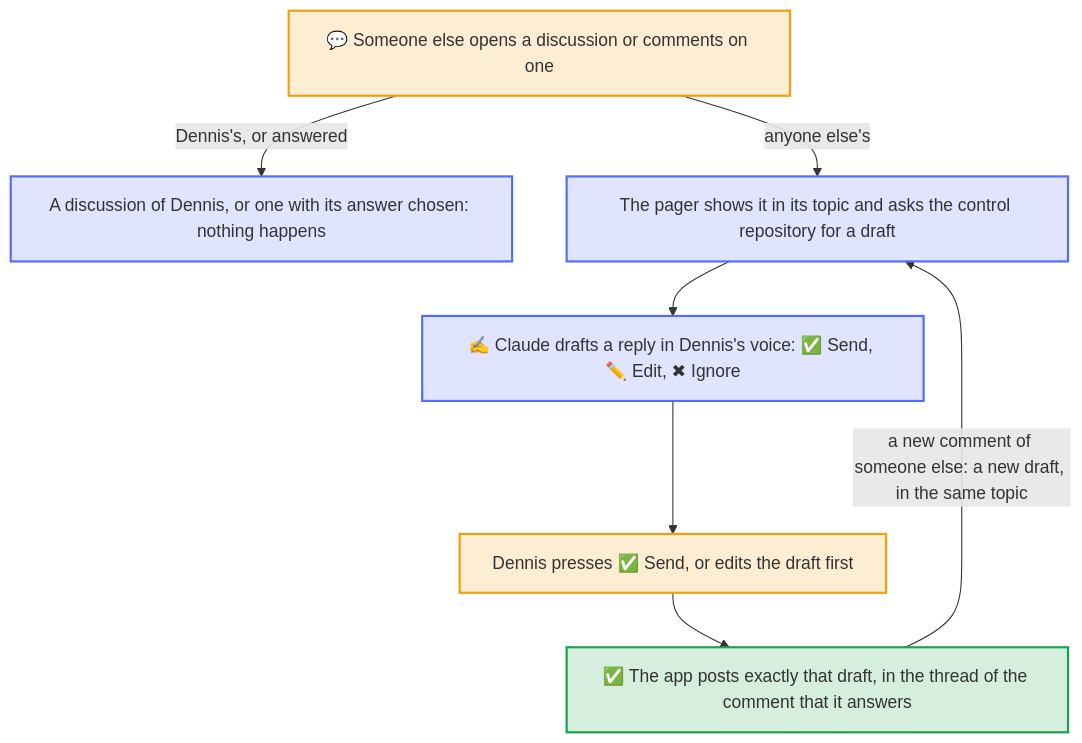
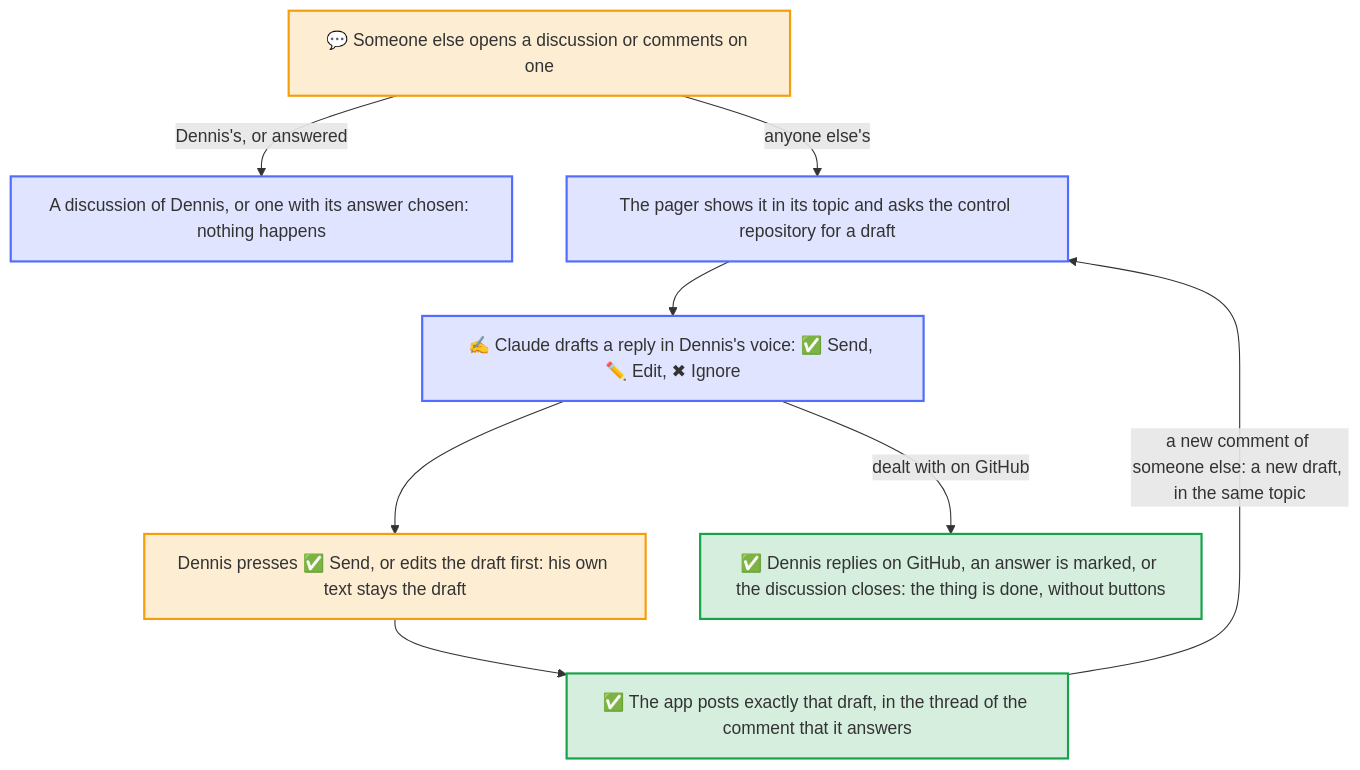
The diagram in docs/diagrams/the-reply-to-a-discussion.mmd (Dennis-Otto/dennis-otto-pager), drawn with Mermaid before and after one commit. The commit also changed 27 other files, not shown here.

First line of the commit message:
feat: a discussion thing closes when Dennis answers on GitHub, and keeps his own draft (#74)

```diff
--- a/docs/diagrams/the-reply-to-a-discussion.mmd
+++ b/docs/diagrams/the-reply-to-a-discussion.mmd
@@ -1,26 +1,28 @@
 ---
 config:
   flowchart:
     wrappingWidth: 400
 ---
 flowchart TB
     accTitle: The reply to a discussion
-    accDescr: Someone other than Dennis or a bot opens a discussion or comments on one. A discussion of Dennis, and one whose answer was chosen, end there. Otherwise the pager shows it in its topic and asks the control repository for a draft at once, which Claude writes in Dennis's voice. The draft comes with Send, Edit and Ignore. Send posts exactly that draft as the pager's app, in the thread of the comment that it answers, or on the discussion itself. A new comment of someone else makes itself the message to answer, with a new draft, in the same topic.
+    accDescr: Someone other than Dennis or a bot opens a discussion or comments on one. A discussion of Dennis, and one whose answer was chosen, end there. Otherwise the pager shows it in its topic and asks the control repository for a draft at once, which Claude writes in Dennis's voice. The draft comes with Send, Edit and Ignore. Send posts exactly that draft as the pager's app, in the thread of the comment that it answers, or on the discussion itself. A new comment of someone else makes itself the message to answer, with a new draft, in the same topic, while a text that Dennis wrote himself stays the draft. When Dennis replies on GitHub itself, an answer is marked, or the discussion is closed, the thing is done: its buttons go, and its topic gets a check mark.
 
     asked["`**💬** Someone else opens a discussion or comments on one`"]
     quiet["`A discussion of Dennis, or one with its answer chosen: nothing happens`"]
     shown["The pager shows it in its topic and asks the control repository for a draft"]
     draft["`**✍️** Claude drafts a reply in Dennis's voice: ✅ Send, ✏️ Edit, ✖ Ignore`"]
-    press["Dennis presses ✅ Send, or edits the draft first"]
+    press["Dennis presses ✅ Send, or edits the draft first: his own text stays the draft"]
     reply["`**✅** The app posts exactly that draft, in the thread of the comment that it answers`"]
+    ended["`**✅** Dennis replies on GitHub, an answer is marked, or the discussion closes: the thing is done, without buttons`"]
 
     asked -- "Dennis's, or answered" --> quiet
     asked -- "anyone else's" --> shown --> draft --> press --> reply
     reply -- "a new comment of someone else: a new draft, in the same topic" --> shown
+    draft -- "dealt with on GitHub" --> ended
 
     classDef you fill:#f59e0b2e,stroke:#f59e0b,stroke-width:2px
     classDef bot fill:#526cfe2e,stroke:#526cfe,stroke-width:2px
     classDef done fill:#16a34a2e,stroke:#16a34a,stroke-width:2px
     class asked,press you
     class quiet,shown,draft bot
-    class reply done
+    class reply,ended done
```
